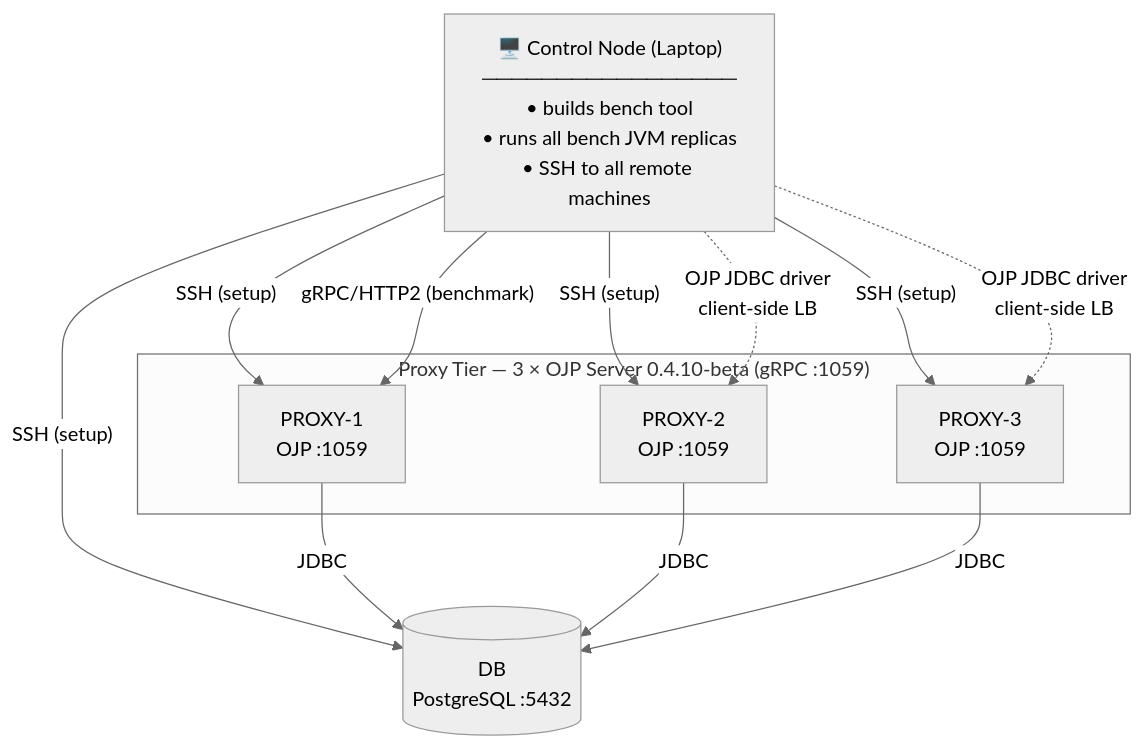
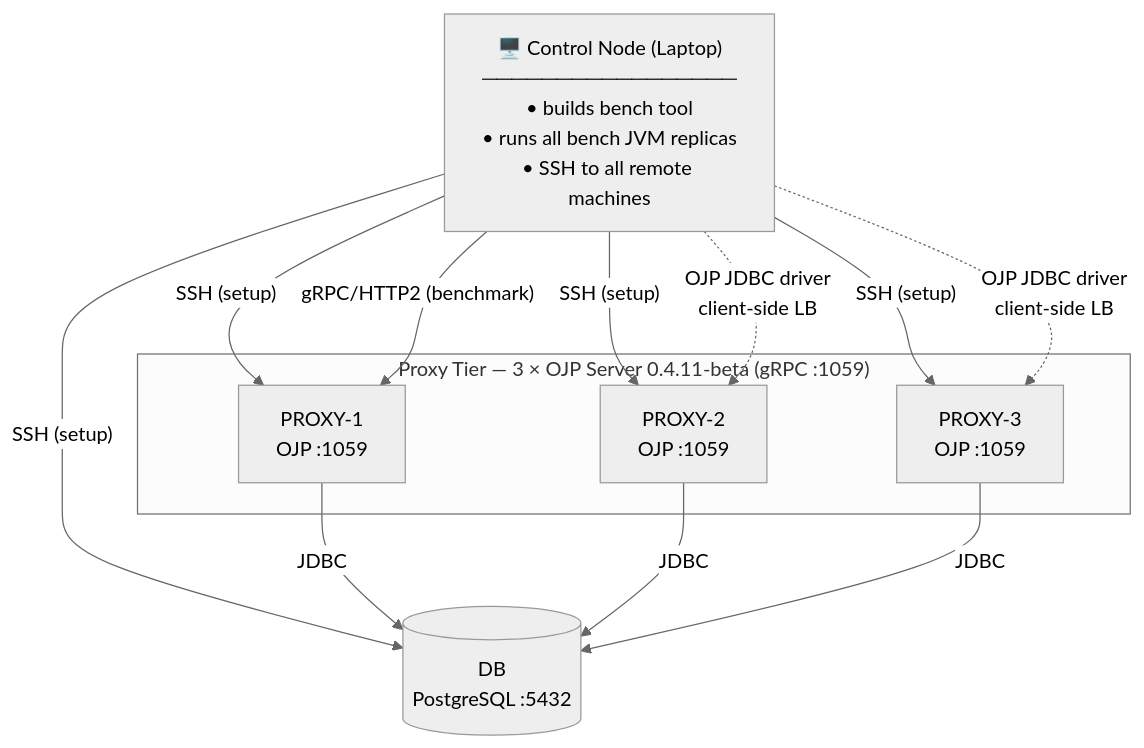
One commit to rrobetti/stressar changed the diagram in docs/DEPLOYMENT_GUIDE.md. Above: the diagram before and after it, drawn with Mermaid (neutral theme). The commit also changed other lines of this file and 6 other files, not shown here.

First line of the commit message:
Upgrade OJP version references to 0.4.11-beta

````diff
--- a/docs/DEPLOYMENT_GUIDE.md
+++ b/docs/DEPLOYMENT_GUIDE.md
@@ -37,25 +37,25 @@
 ```mermaid
 graph TD
     CTRL["🖥️ Control Node (Laptop)\n─────────────────\n• builds bench tool\n• runs all bench JVM replicas\n• SSH to all remote machines"]
 
-    subgraph PROXY_TIER ["Proxy Tier — 3 × OJP Server 0.4.10-beta (gRPC :1059)"]
+    subgraph PROXY_TIER ["Proxy Tier — 3 × OJP Server 0.4.11-beta (gRPC :1059)"]
         P1["PROXY-1\nOJP :1059"]
         P2["PROXY-2\nOJP :1059"]
         P3["PROXY-3\nOJP :1059"]
     end
 
     DB[("DB\nPostgreSQL :5432")]
 
     CTRL -- "SSH (setup)" --> P1
     CTRL -- "SSH (setup)" --> P2
     CTRL -- "SSH (setup)" --> P3
     CTRL -- "SSH (setup)" --> DB
 
     CTRL -- "gRPC/HTTP2 (benchmark)" --> P1
     CTRL -. "OJP JDBC driver\nclient-side LB" .-> P2
     CTRL -. "OJP JDBC driver\nclient-side LB" .-> P3
 
     P1 -- "JDBC" --> DB
     P2 -- "JDBC" --> DB
     P3 -- "JDBC" --> DB
 ```
````
